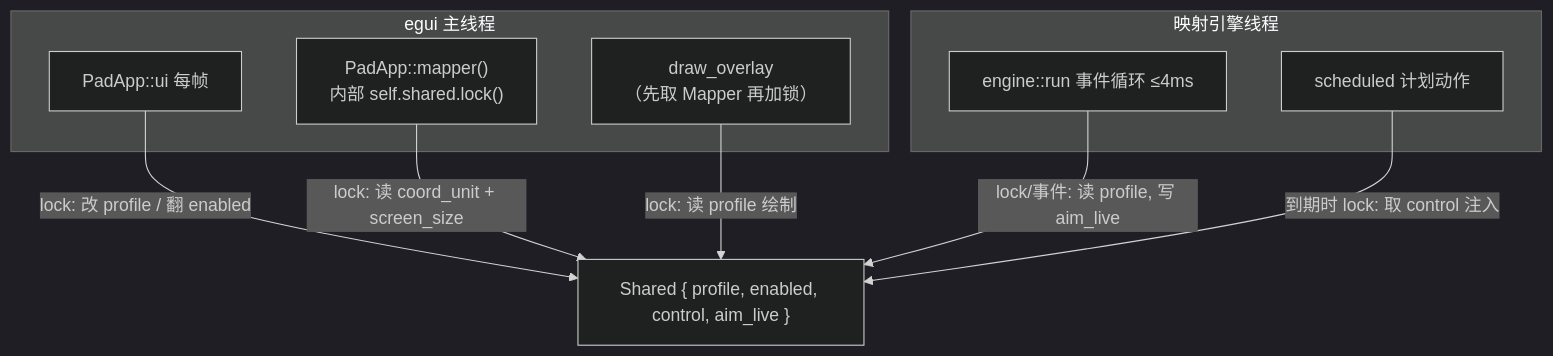
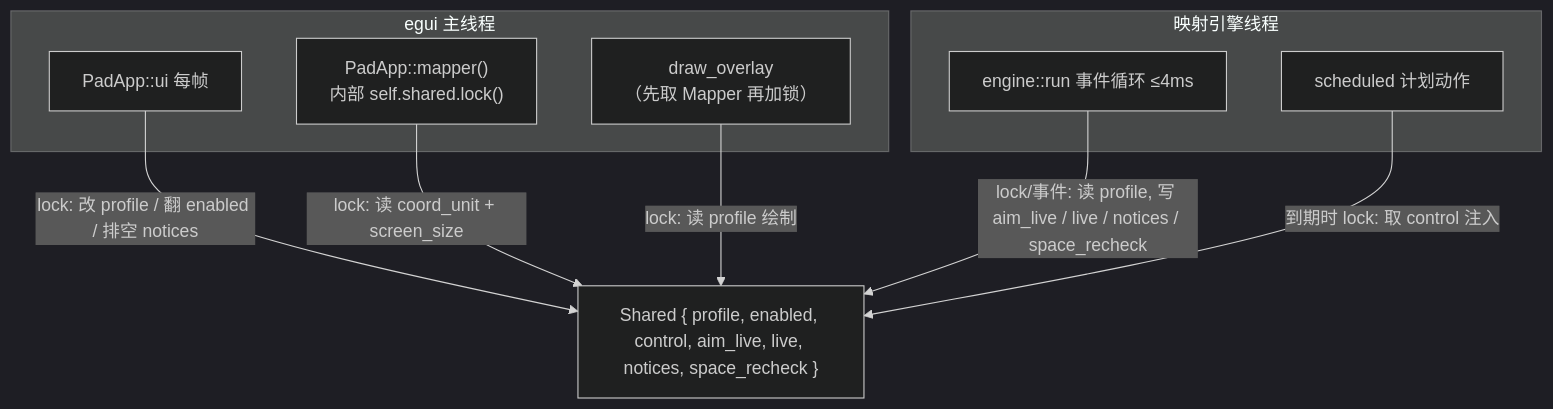
The eighth of 10 diagrams in 文档/功能组分说明.md (Azrl-lyh/scrcpy-pad), drawn with Mermaid (dark theme) before and after one commit. The commit also changed other lines of this file and 10 other files, not shown here.

````diff
--- a/文档/功能组分说明.md
+++ b/文档/功能组分说明.md
@@ -647,18 +689,18 @@
 ```mermaid
 flowchart TD
     subgraph TH_UI["egui 主线程"]
         UI["PadApp::ui 每帧"]
         MAP["PadApp::mapper()<br/>内部 self.shared.lock()"]
         DRW["draw_overlay<br/>（先取 Mapper 再加锁）"]
     end
     subgraph TH_ENG["映射引擎线程"]
         RUN["engine::run 事件循环 ≤4ms"]
         SCH["scheduled 计划动作"]
     end
-    SH["Shared { profile, enabled, control, aim_live }"]
-    UI -->|"lock: 改 profile / 翻 enabled"| SH
+    SH["Shared { profile, enabled, control, aim_live, live, notices, space_recheck }"]
+    UI -->|"lock: 改 profile / 翻 enabled / 排空 notices"| SH
     MAP -->|"lock: 读 coord_unit + screen_size"| SH
-    RUN -->|"lock/事件: 读 profile, 写 aim_live"| SH
+    RUN -->|"lock/事件: 读 profile, 写 aim_live / live / notices / space_recheck"| SH
     SCH -->|"到期时 lock: 取 control 注入"| SH
     DRW -->|"lock: 读 profile 绘制"| SH
 ```
````
